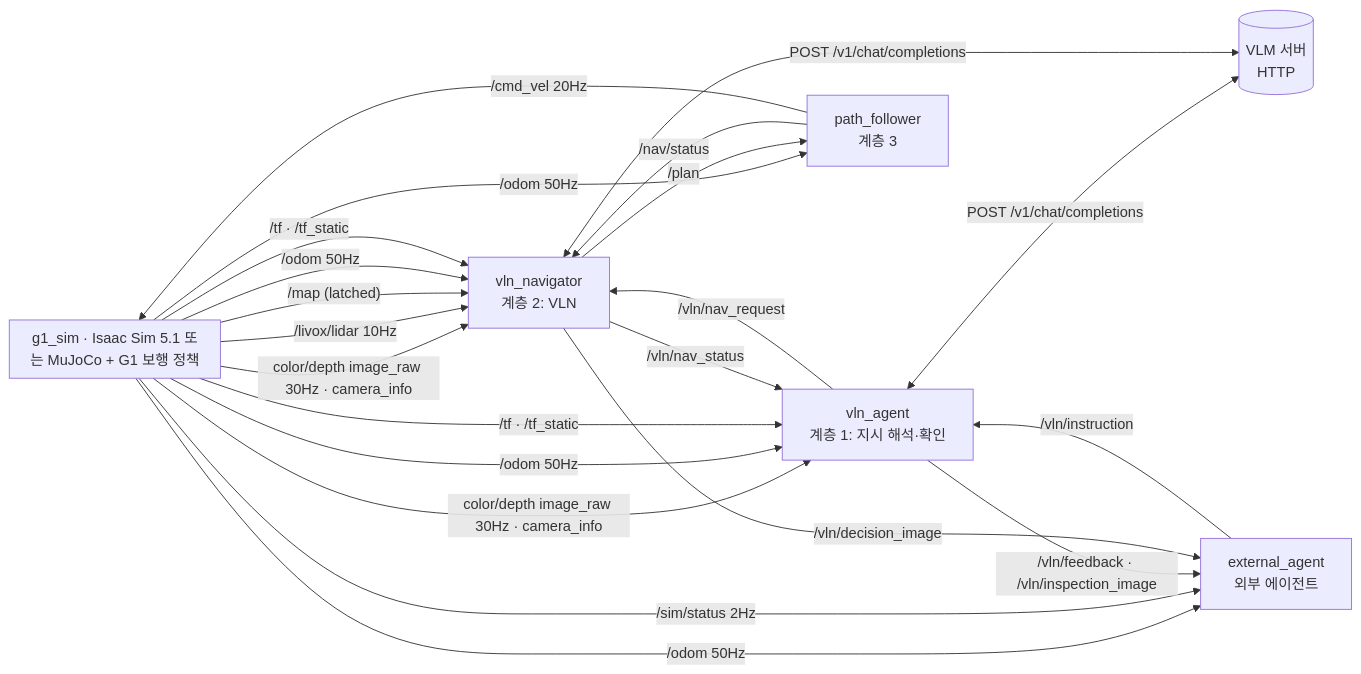
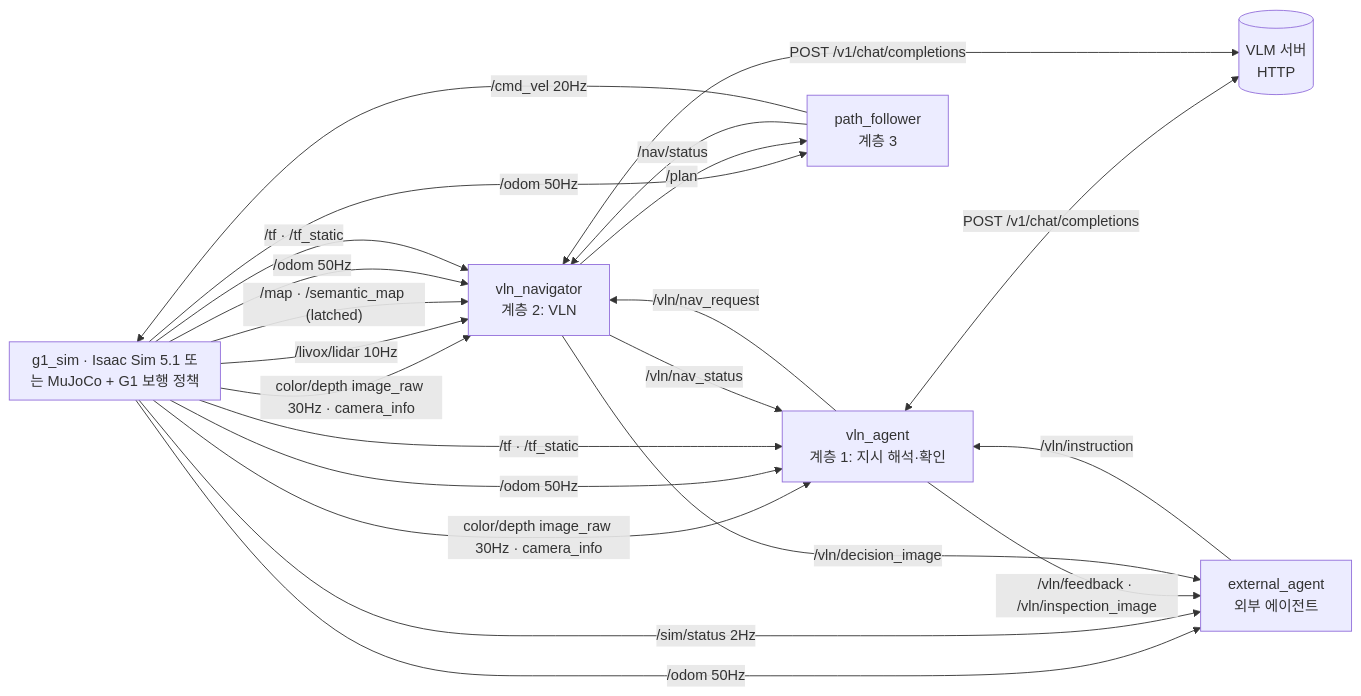
Before and after one commit to alsgyu/G1-sim-Factory: the diagram in docs/ROS2_INTERFACE.md, drawn with Mermaid. The commit also changed other lines of this file and 16 other files, not shown here.

First line of the commit message:
Interactive VLN console, topological route in VLN prompts, paper-style scene graph figures

````diff
--- a/docs/ROS2_INTERFACE.md
+++ b/docs/ROS2_INTERFACE.md
@@ -176,25 +177,25 @@
 ```mermaid
 flowchart LR
   subgraph SIM[g1_sim · Isaac Sim 5.1 또는 MuJoCo + G1 보행 정책]
   end
   EA[external_agent<br/>외부 에이전트]
   VA[vln_agent<br/>계층 1: 지시 해석·확인]
   VN[vln_navigator<br/>계층 2: VLN]
   PF[path_follower<br/>계층 3]
   VLM[(VLM 서버<br/>HTTP)]
   SIM -- "color/depth image_raw 30Hz · camera_info" --> VN & VA
   SIM -- "/livox/lidar 10Hz" --> VN
-  SIM -- "/map (latched)" --> VN
+  SIM -- "/map · /semantic_map (latched)" --> VN
   SIM -- "/odom 50Hz" --> VN & VA & PF & EA
   SIM -- "/tf · /tf_static" --> VN & VA
   SIM -- "/sim/status 2Hz" --> EA
   EA -- "/vln/instruction" --> VA
   VA -- "/vln/feedback · /vln/inspection_image" --> EA
   VA -- "/vln/nav_request" --> VN
   VN -- "/vln/nav_status" --> VA
   VN -- "/vln/decision_image" --> EA
   VA & VN <-- "POST /v1/chat/completions" --> VLM
   VN -- "/plan" --> PF
   PF -- "/nav/status" --> VN
   PF -- "/cmd_vel 20Hz" --> SIM
 ```
````
